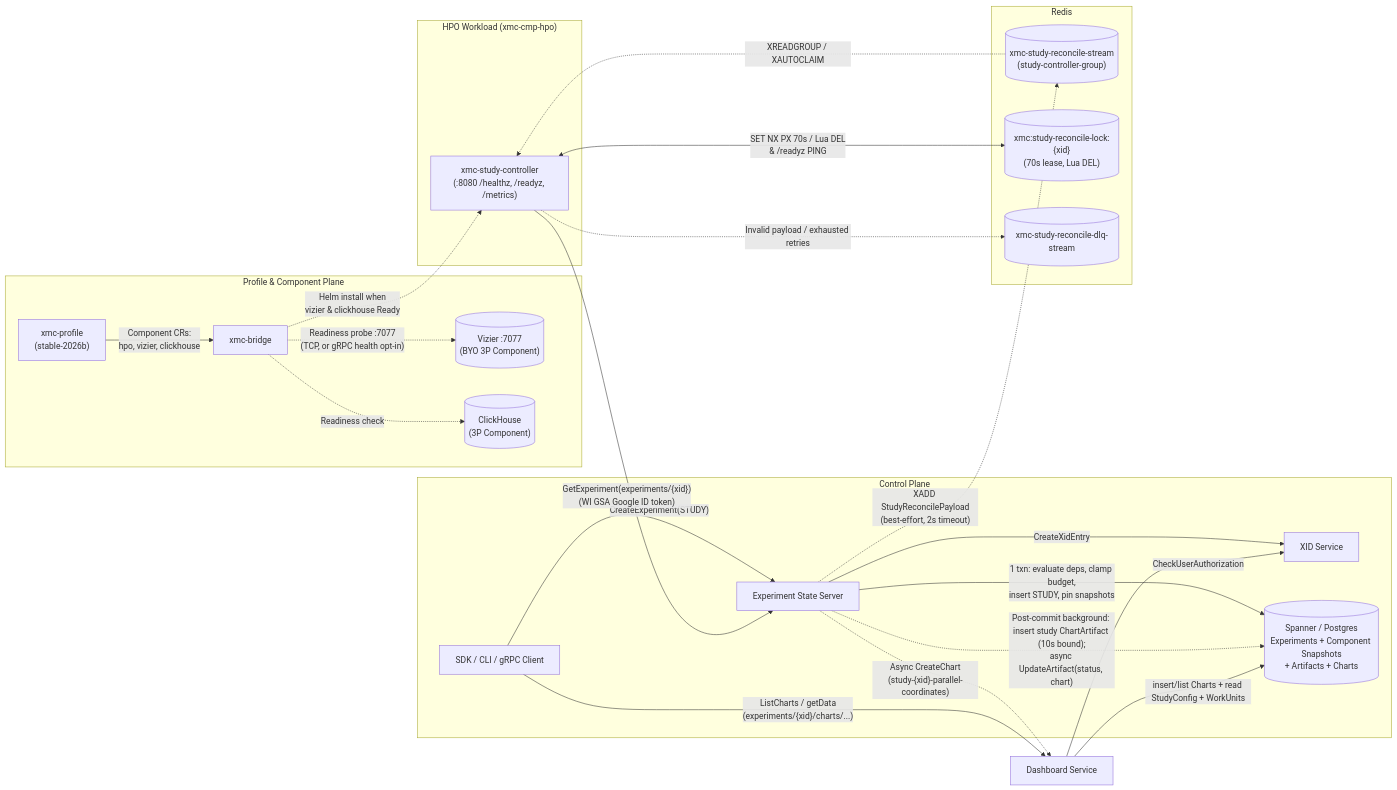
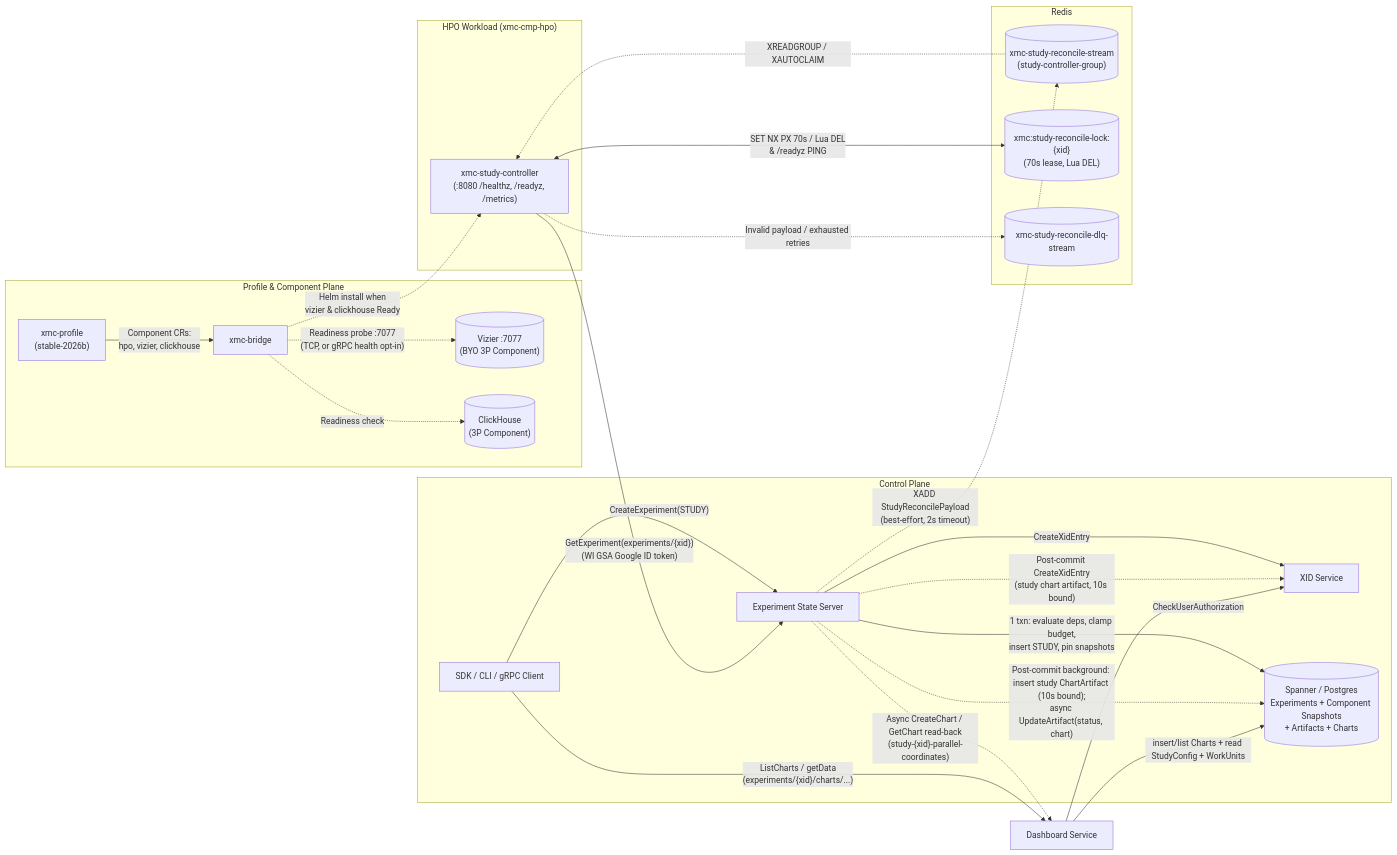
Before and after one commit to google/xmc: the first of 3 diagrams in docs/flows/study_lifecycle.md, drawn with Mermaid. The commit also changed other lines of this file and 11 other files, not shown here.

````diff
--- a/docs/flows/study_lifecycle.md
+++ b/docs/flows/study_lifecycle.md
@@ -30,49 +30,50 @@
 ```mermaid
 flowchart LR
     subgraph Admin["Profile & Component Plane"]
         Prof["xmc-profile<br/>(stable-2026b)"]
         Bridge["xmc-bridge"]
         Viz[("Vizier :7077<br/>(BYO 3P Component)")]
         CH[("ClickHouse<br/>(3P Component)")]
     end
 
     subgraph Control["Control Plane"]
         Client["SDK / CLI / gRPC Client"]
         ESS["Experiment State Server"]
         XID["XID Service"]
         DB[("Spanner / Postgres<br/>Experiments + Component Snapshots<br/>+ Artifacts + Charts")]
     end
 
     subgraph Bus["Redis"]
         Stream[("xmc-study-reconcile-stream<br/>(study-controller-group)")]
         Lock[("xmc:study-reconcile-lock:{xid}<br/>(70s lease, Lua DEL)")]
         DLQ[("xmc-study-reconcile-dlq-stream")]
     end
 
     subgraph HPO["HPO Workload (xmc-cmp-hpo)"]
         SC["xmc-study-controller<br/>(:8080 /healthz, /readyz, /metrics)"]
     end
 
     DS["Dashboard Service"]
 
     Prof -->|"Component CRs:<br/>hpo, vizier, clickhouse"| Bridge
     Bridge -.->|"Readiness probe :7077<br/>(TCP, or gRPC health opt-in)"| Viz
     Bridge -.->|"Readiness check"| CH
     Bridge -.->|"Helm install when<br/>vizier & clickhouse Ready"| SC
 
     Client -->|"CreateExperiment(STUDY)"| ESS
     ESS -->|"CreateXidEntry"| XID
     ESS -->|"1 txn: evaluate deps, clamp budget,<br/>insert STUDY, pin snapshots"| DB
     ESS -.->|"XADD StudyReconcilePayload<br/>(best-effort, 2s timeout)"| Stream
+    ESS -.->|"Post-commit CreateXidEntry<br/>(study chart artifact, 10s bound)"| XID
     ESS -.->|"Post-commit background: insert study ChartArtifact (10s bound);<br/>async UpdateArtifact(status, chart)"| DB
-    ESS -.->|"Async CreateChart<br/>(study-{xid}-parallel-coordinates)"| DS
+    ESS -.->|"Async CreateChart / GetChart read-back<br/>(study-{xid}-parallel-coordinates)"| DS
 
     Stream -.->|"XREADGROUP / XAUTOCLAIM"| SC
     SC <-->|"SET NX PX 70s / Lua DEL<br/>& /readyz PING"| Lock
     SC -->|"GetExperiment(experiments/{xid})<br/>(WI GSA Google ID token)"| ESS
     SC -.->|"Invalid payload / exhausted retries"| DLQ
 
     Client -->|"ListCharts / getData<br/>(experiments/{xid}/charts/...)"| DS
     DS -->|"CheckUserAuthorization"| XID
     DS -->|"insert/list Charts + read StudyConfig + WorkUnits"| DB
 ```
````
